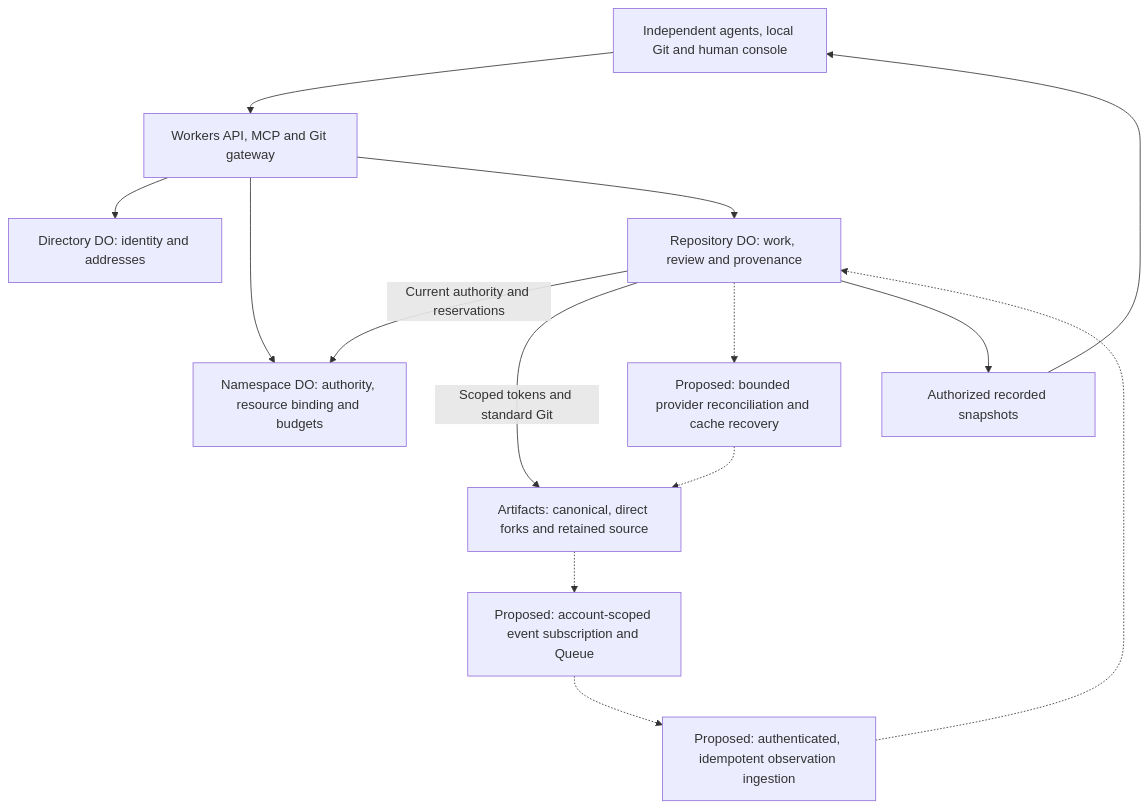
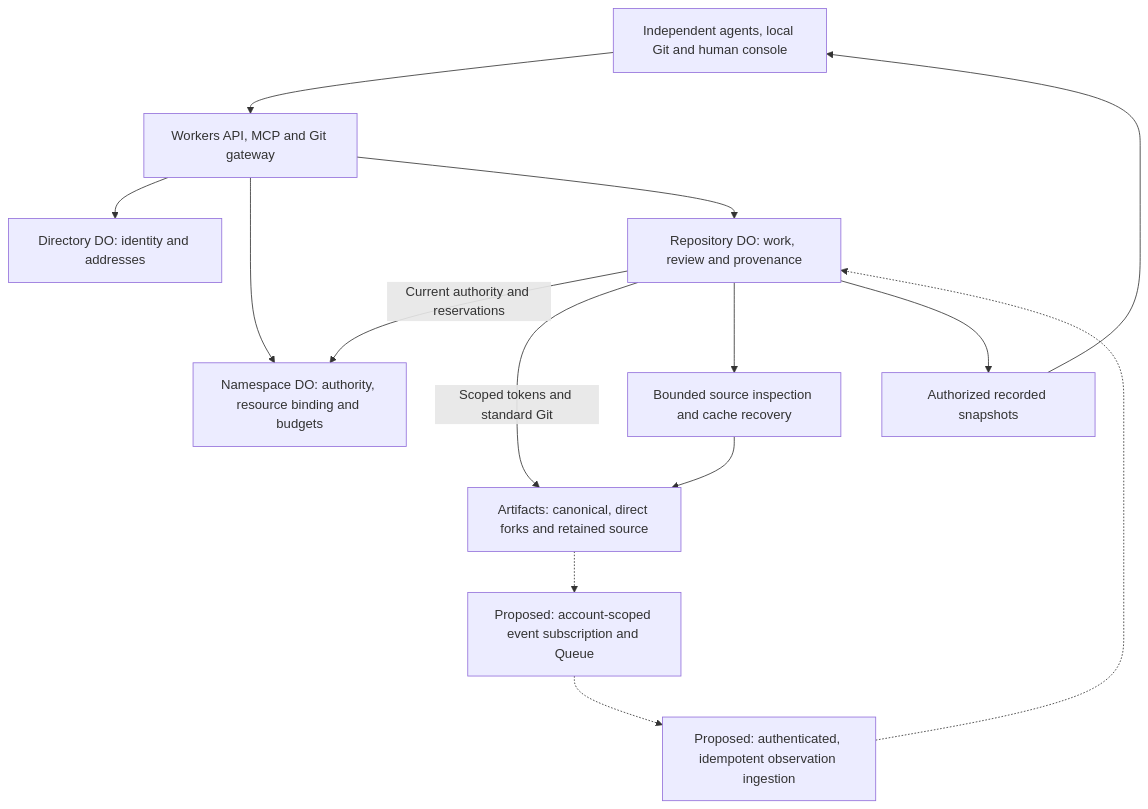
The third of 3 diagrams in docs/architecture.md (acltabontabon/cruce), drawn with Mermaid before and after one commit. The commit also changed other lines of this file and 60 other files, not shown here.

First line of the commit message:
Bound state, source inspection, and retention recovery

````diff
--- a/docs/architecture.md
+++ b/docs/architecture.md
@@ -340,16 +394,16 @@
 ```mermaid
 flowchart TB
     P[Independent agents, local Git and human console] --> W[Workers API, MCP and Git gateway]
     W --> D[Directory DO: identity and addresses]
     W --> N[Namespace DO: authority, resource binding and budgets]
     W --> R[Repository DO: work, review and provenance]
     R -->|Current authority and reservations| N
     R -->|Scoped tokens and standard Git| A[Artifacts: canonical, direct forks and retained source]
     A -.-> E[Proposed: account-scoped event subscription and Queue]
     E -.-> I[Proposed: authenticated, idempotent observation ingestion]
     I -.-> R
-    R -.-> B[Proposed: bounded provider reconciliation and cache recovery]
-    B -.-> A
+    R --> B[Bounded source inspection and cache recovery]
+    B --> A
     R --> S[Authorized recorded snapshots]
     S --> P
 ```
````
